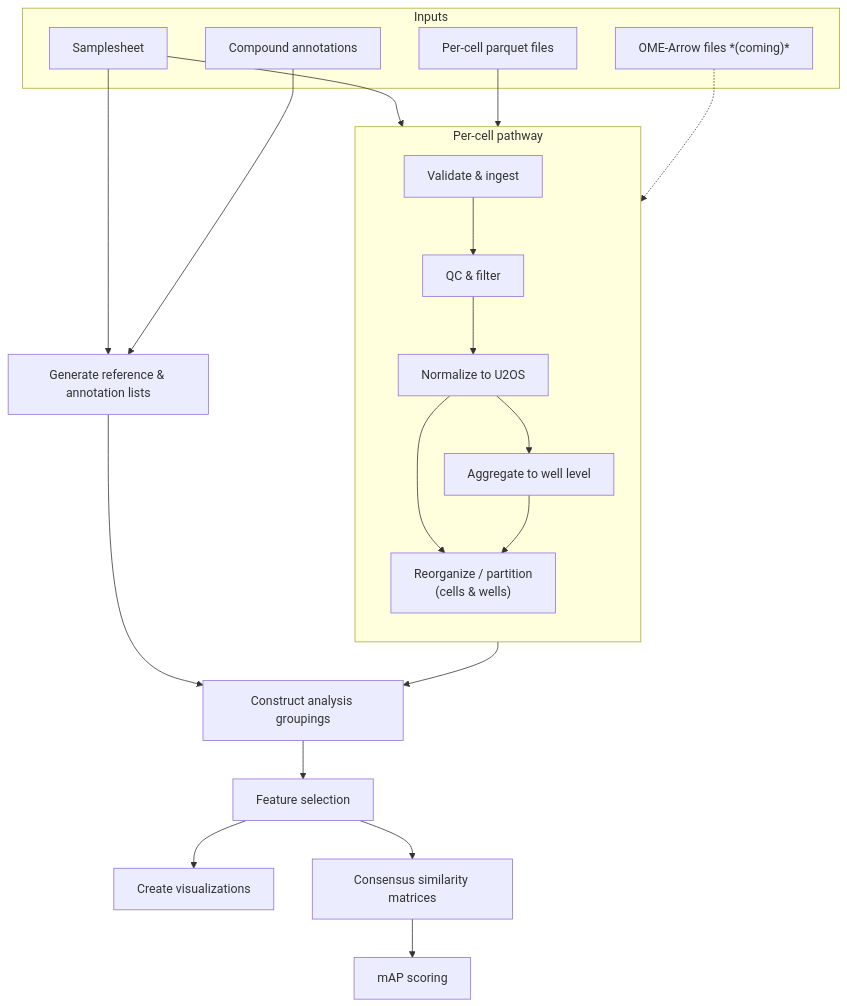
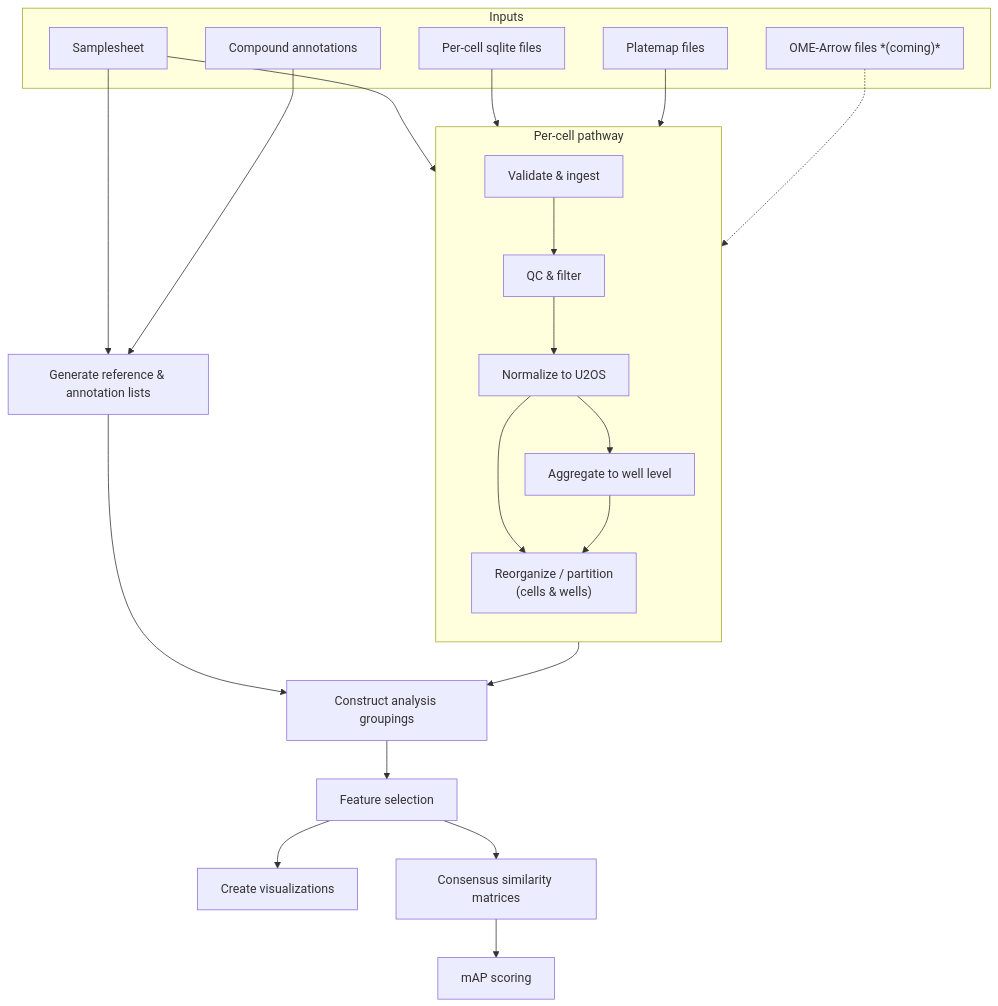
Before and after one commit to AlexsLemonade/morphport: the diagram in planning/outline.md, drawn with Mermaid. The commit also changed other lines of this file, not shown here.

````diff
--- a/planning/outline.md
+++ b/planning/outline.md
@@ -213,32 +215,33 @@
 ```mermaid
 flowchart TD
     subgraph IN["Inputs"]
         SS["Samplesheet"]
-        CPQ["Per-cell parquet files"]
+        CPQ["Per-cell sqlite files"]
+        PM["Platemap files"]
         CA["Compound annotations"]
         OA["OME-Arrow files *(coming)*"]
     end
 
     subgraph CELL["Per-cell pathway"]
         direction TB
         VI_C["Validate & ingest"]
         QC_C["QC & filter"]
         N_C["Normalize to U2OS"]
         WSM["Aggregate to well level"]
         P["Reorganize / partition\n(cells & wells)"]
         VI_C --> QC_C --> N_C --> WSM & P
         WSM --> P
     end
 
-    SS & CPQ --> VI_C
+    SS & CPQ & PM --> VI_C
     OA -.-> VI_C
     SS & CA --> REF["Generate reference & annotation lists"]
 
     P --> GRP["Construct analysis groupings"]
     REF --> GRP
 
     GRP --> FS["Feature selection"]
     FS --> VIZ["Create visualizations"]
     FS --> SIM["Consensus similarity matrices"]
     SIM --> MAP["mAP scoring"]
 ```
````
